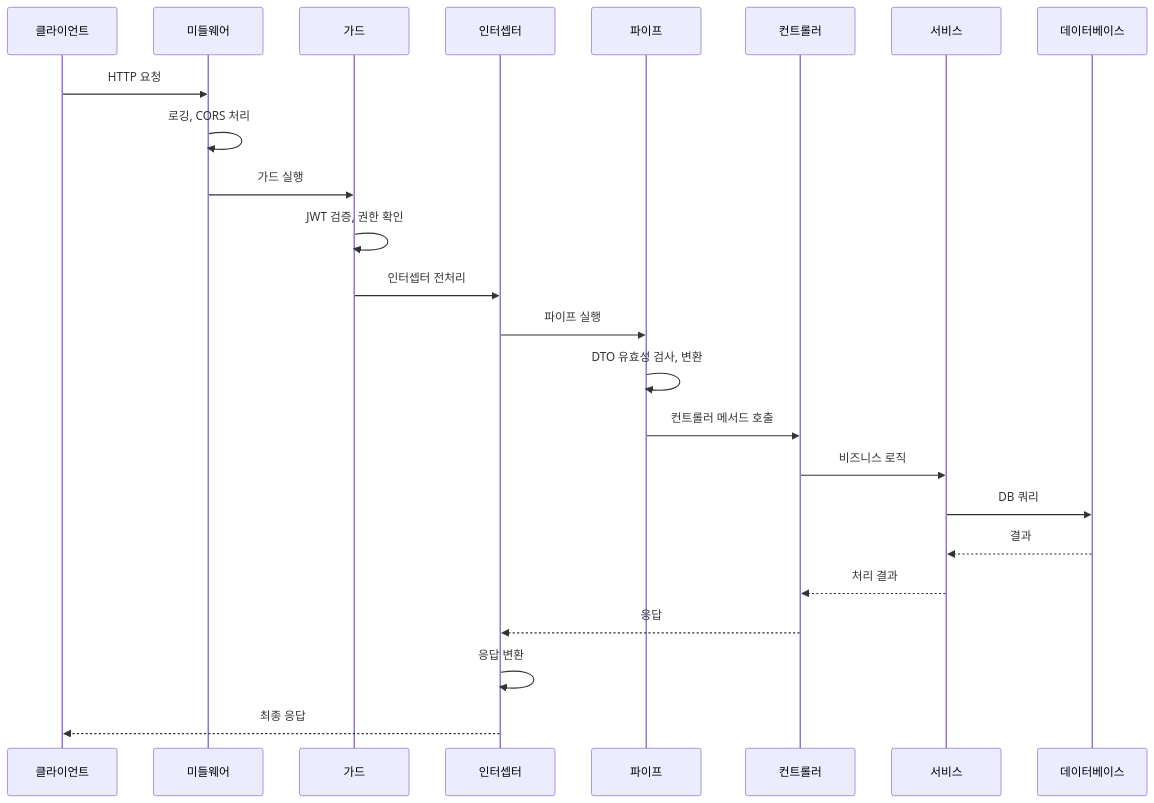
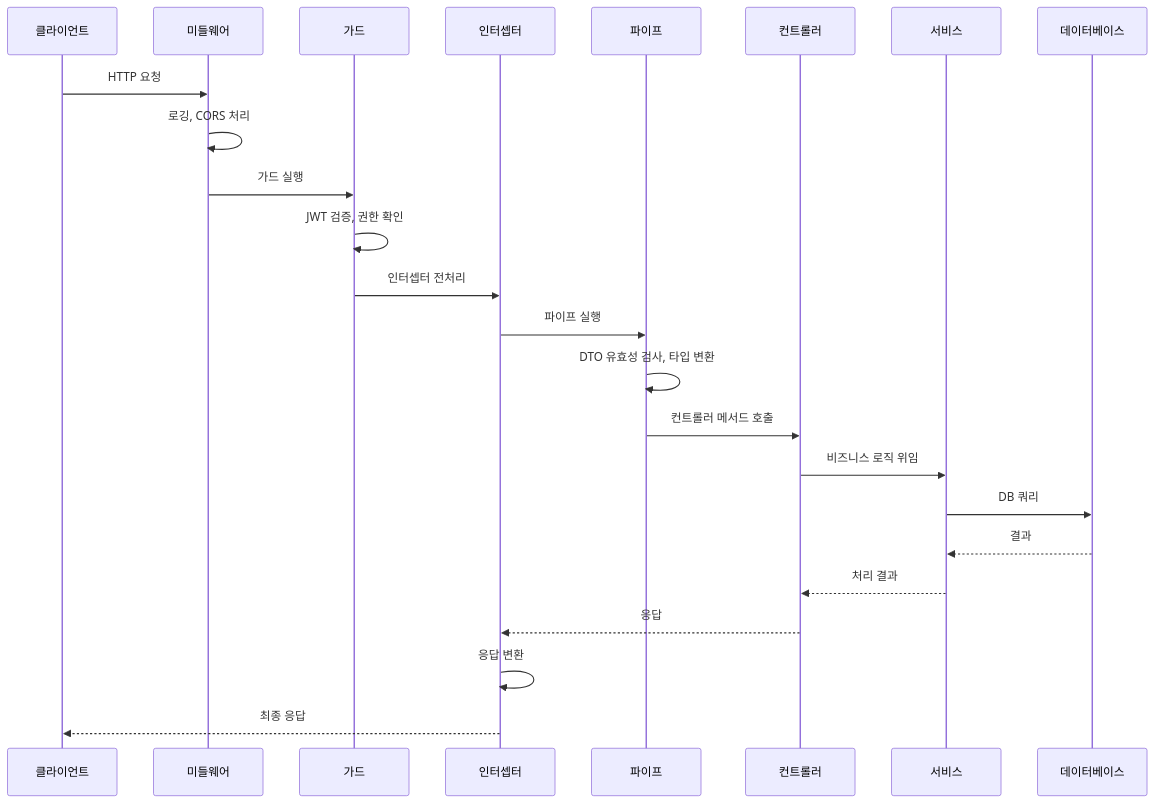
One commit to yjkim2015/yjkim2015.github.io changed the third of 4 diagrams in _posts/frontend/2026-05-02-nestjs-fundamentals.md. Above: the diagram before and after it, drawn with Mermaid. The commit also changed other lines of this file and 122 other files, not shown here.

````diff
--- a/_posts/frontend/2026-05-02-nestjs-fundamentals.md
+++ b/_posts/frontend/2026-05-02-nestjs-fundamentals.md
@@ -615,27 +317,27 @@
 ```mermaid
 sequenceDiagram
     participant C as 클라이언트
     participant MW as 미들웨어
     participant G as 가드
     participant INT as 인터셉터
     participant PIPE as 파이프
     participant CTRL as 컨트롤러
     participant SVC as 서비스
     participant DB as 데이터베이스
 
     C->>MW: HTTP 요청
     MW->>MW: 로깅, CORS 처리
     MW->>G: 가드 실행
     G->>G: JWT 검증, 권한 확인
     G->>INT: 인터셉터 전처리
     INT->>PIPE: 파이프 실행
-    PIPE->>PIPE: DTO 유효성 검사, 변환
+    PIPE->>PIPE: DTO 유효성 검사, 타입 변환
     PIPE->>CTRL: 컨트롤러 메서드 호출
-    CTRL->>SVC: 비즈니스 로직
+    CTRL->>SVC: 비즈니스 로직 위임
     SVC->>DB: DB 쿼리
     DB-->>SVC: 결과
     SVC-->>CTRL: 처리 결과
     CTRL-->>INT: 응답
     INT->>INT: 응답 변환
     INT-->>C: 최종 응답
 ```
````
